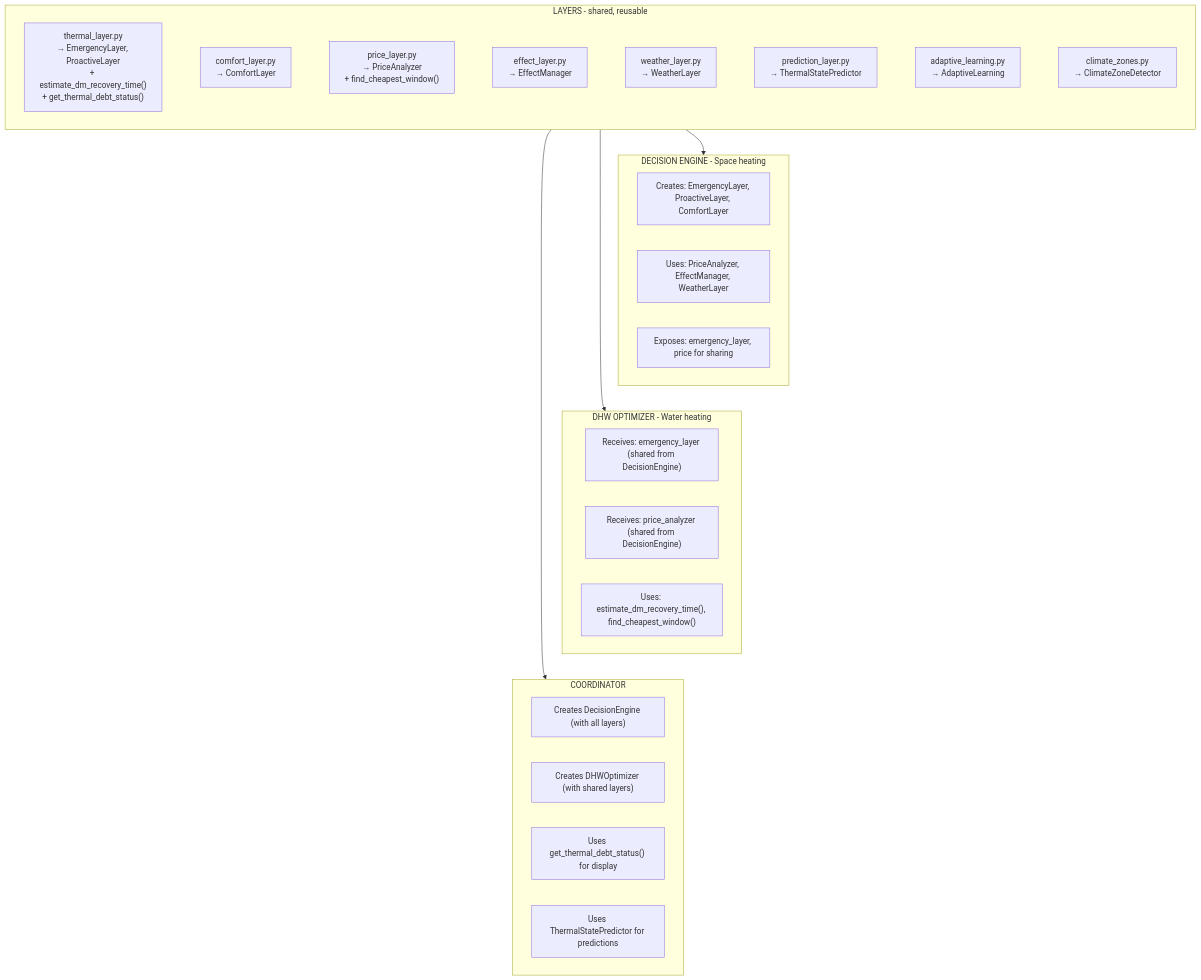
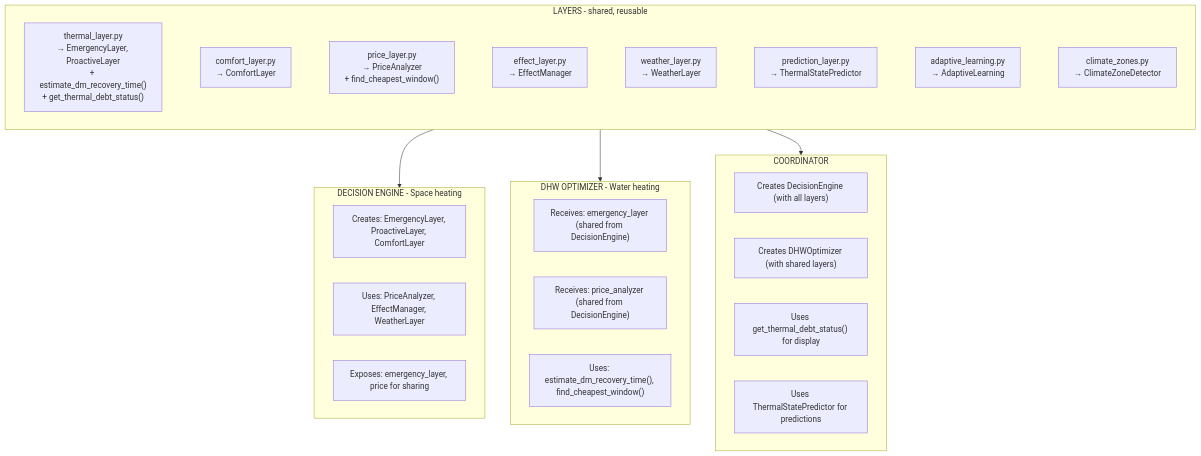
One commit to enoch85/EffektGuard changed the diagram in docs/architecture/00_overview.md. Above: the diagram before and after it, drawn with Mermaid.

````diff
--- a/docs/architecture/00_overview.md
+++ b/docs/architecture/00_overview.md
@@ -55,41 +55,37 @@
 ```mermaid
 flowchart TB
     subgraph Layers["LAYERS - shared, reusable"]
         direction LR
         TL["thermal_layer.py<br/>→ EmergencyLayer, ProactiveLayer<br/>+ estimate_dm_recovery_time#40;#41;<br/>+ get_thermal_debt_status#40;#41;"]
         CL["comfort_layer.py<br/>→ ComfortLayer"]
         PrL["price_layer.py<br/>→ PriceAnalyzer<br/>+ find_cheapest_window#40;#41;"]
         EfL["effect_layer.py<br/>→ EffectManager"]
         WL["weather_layer.py<br/>→ WeatherLayer"]
         PredL["prediction_layer.py<br/>→ ThermalStatePredictor"]
         AL["adaptive_learning.py<br/>→ AdaptiveLearning"]
         CZ["climate_zones.py<br/>→ ClimateZoneDetector"]
         
         TL ~~~ CL ~~~ PrL ~~~ EfL ~~~ WL ~~~ PredL ~~~ AL ~~~ CZ
     end
 
-    Layers --> DE
-    Layers --> DHW
-    Layers --> COORD
-
-    DE ~~~ DHW ~~~ COORD
+    Layers --> DE & DHW & COORD
 
     subgraph DE["DECISION ENGINE - Space heating"]
         DE1["Creates: EmergencyLayer, ProactiveLayer, ComfortLayer"]
         DE2["Uses: PriceAnalyzer, EffectManager, WeatherLayer"]
         DE3["Exposes: emergency_layer, price for sharing"]
     end
 
     subgraph DHW["DHW OPTIMIZER - Water heating"]
         DHW1["Receives: emergency_layer #40;shared from DecisionEngine#41;"]
         DHW2["Receives: price_analyzer #40;shared from DecisionEngine#41;"]
         DHW3["Uses: estimate_dm_recovery_time#40;#41;, find_cheapest_window#40;#41;"]
     end
 
     subgraph COORD["COORDINATOR"]
         COORD1["Creates DecisionEngine #40;with all layers#41;"]
         COORD2["Creates DHWOptimizer #40;with shared layers#41;"]
         COORD3["Uses get_thermal_debt_status#40;#41; for display"]
         COORD4["Uses ThermalStatePredictor for predictions"]
     end
 ```
````
